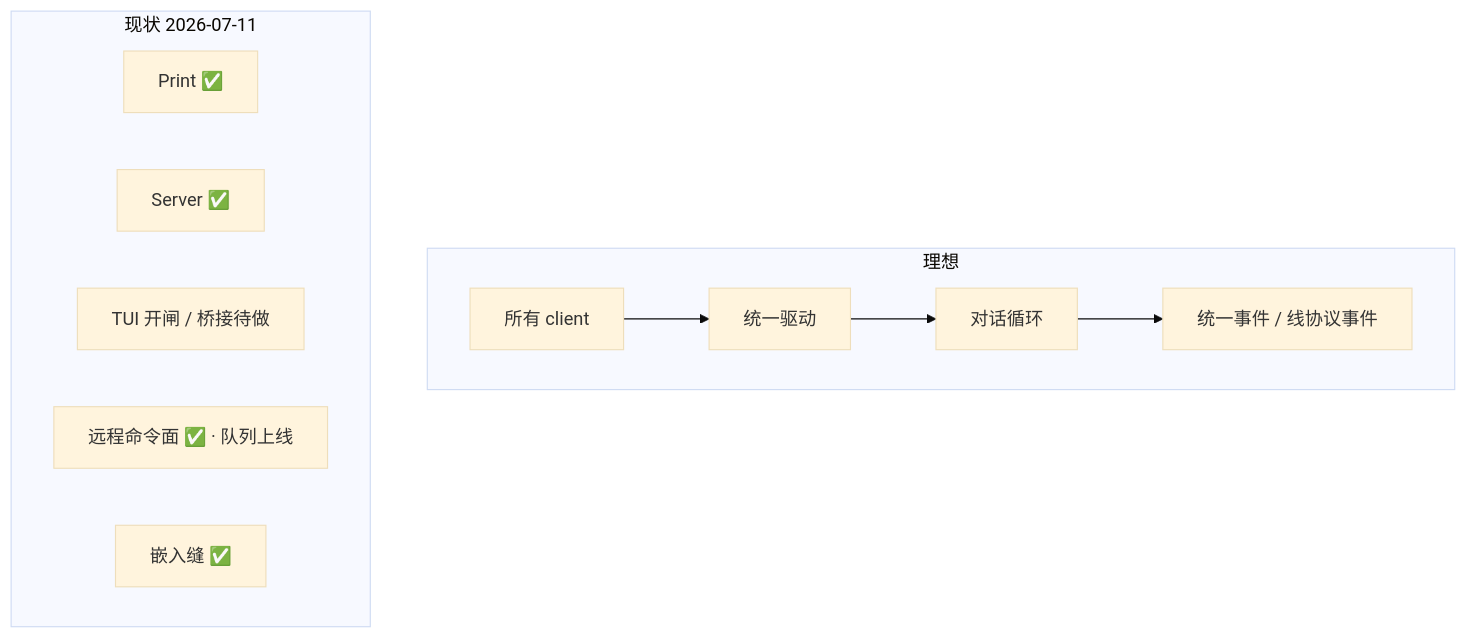
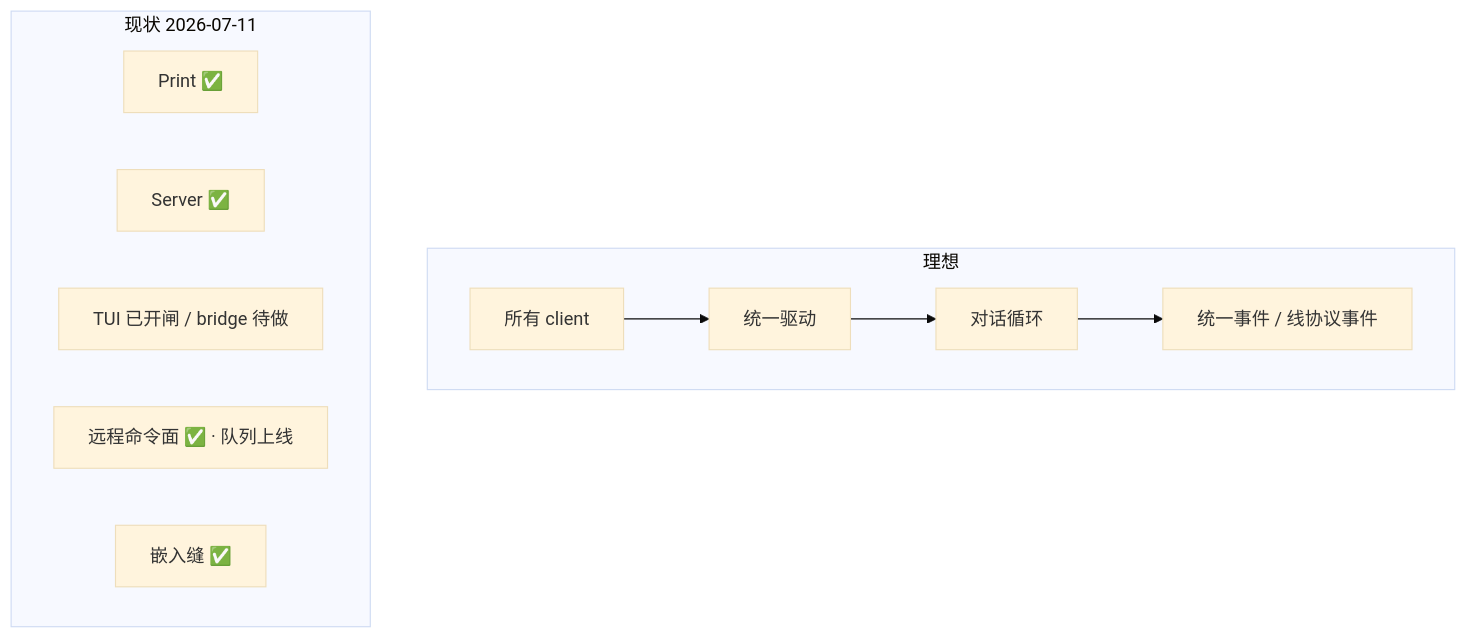
One commit to StrayDragon/xylitol changed the second of 2 diagrams in docs/architecture/库与多客户端.md. Above: the diagram before and after it, drawn with Mermaid (base theme). The commit also changed other lines of this file and 25 other files, not shown here.

````diff
--- a/docs/architecture/库与多客户端.md
+++ b/docs/architecture/库与多客户端.md
@@ -58,18 +58,18 @@
 ```mermaid
 flowchart TB
   subgraph Ideal["理想"]
     C1["所有 client"]
     D["统一驱动"]
     R["对话循环"]
     E["统一事件 / 线协议事件"]
     C1 --> D --> R --> E
   end
 
   subgraph Actual["现状 2026-07-11"]
     P["Print ✅"]
     S["Server ✅"]
-    T["TUI 开闸 / 桥接待做"]
+    T["TUI 已开闸 / bridge 待做"]
     Rem["远程命令面 ✅ · 队列上线"]
     Lib["嵌入缝 ✅"]
   end
 ```
````
